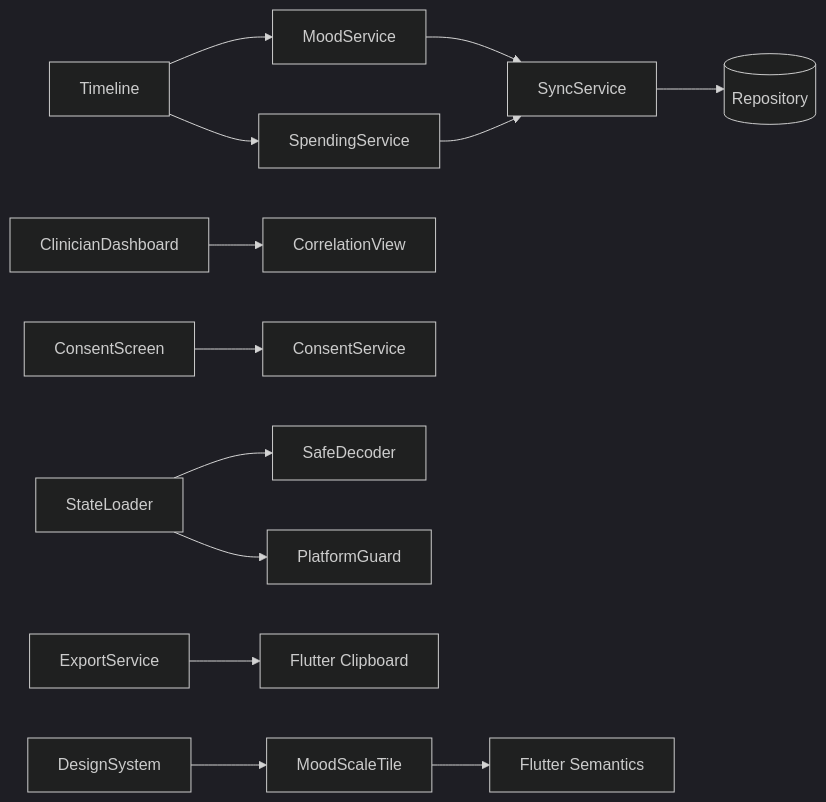
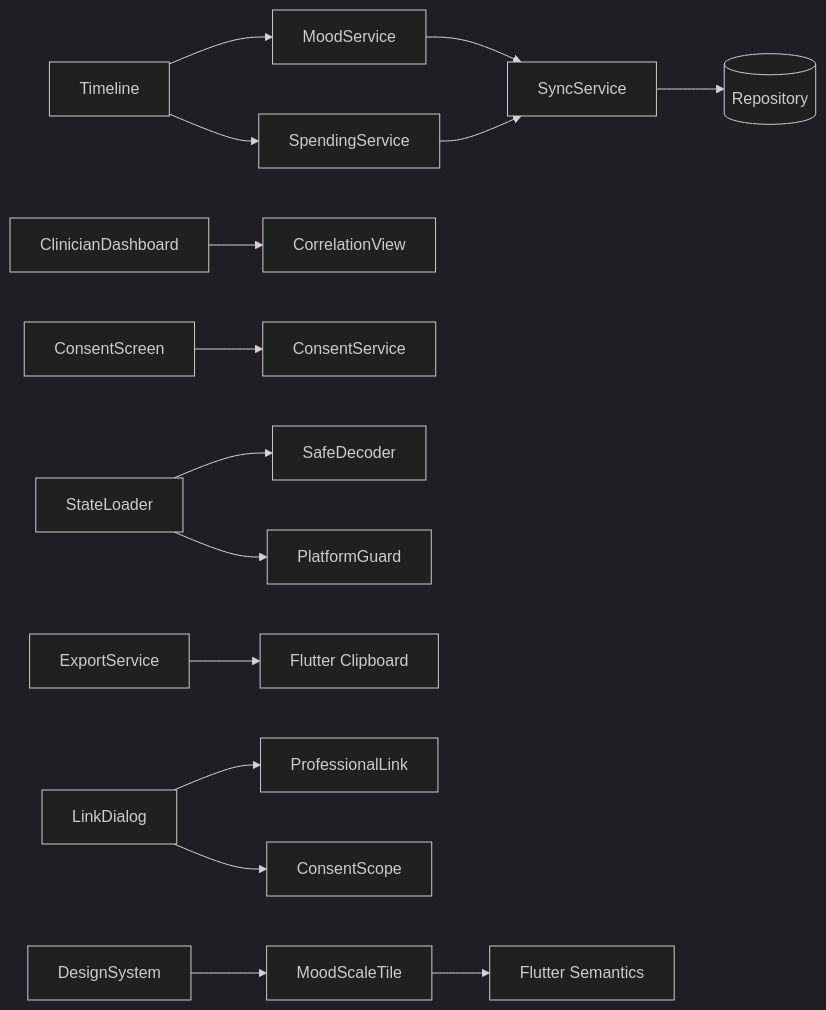
One commit to AloisioMagalhaes/bipolar-mood-spending-tracker changed the diagram in docs/diagrams/c4/component.md. Above: the diagram before and after it, drawn with Mermaid (dark theme). The commit also changed 19 other files, not shown here.

Commit message:
feat(consent): add bilateral professional link flow

````diff
--- a/docs/diagrams/c4/component.md
+++ b/docs/diagrams/c4/component.md
@@ -3,15 +3,17 @@
 ```mermaid
 flowchart LR
   Timeline --> MoodService
   Timeline --> SpendingService
   ClinicianDashboard --> CorrelationView
   ConsentScreen --> ConsentService
   MoodService --> SyncService
   SpendingService --> SyncService
   SyncService --> Repository[(Repository)]
   StateLoader --> SafeDecoder
   StateLoader --> PlatformGuard
   ExportService --> Clipboard[Flutter Clipboard]
+  LinkDialog --> ProfessionalLink
+  LinkDialog --> ConsentScope
   DesignSystem --> MoodScaleTile
   MoodScaleTile --> Semantics[Flutter Semantics]
 ```
````
